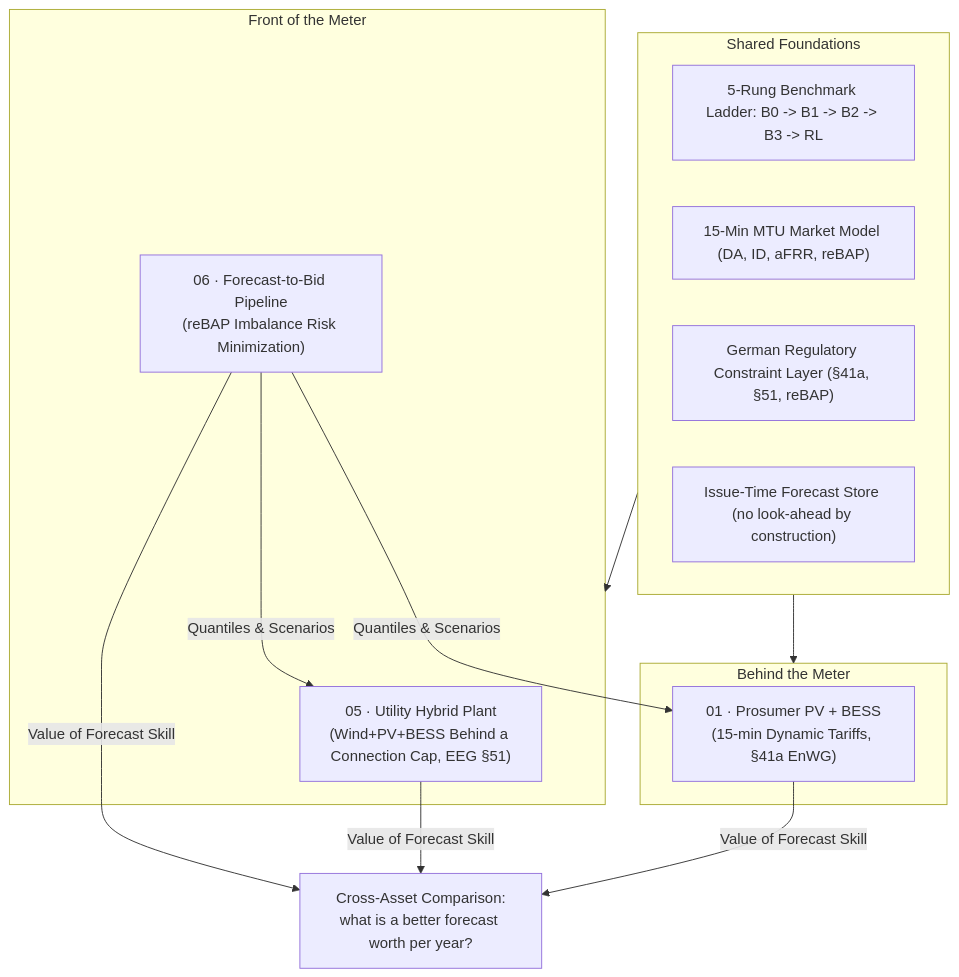
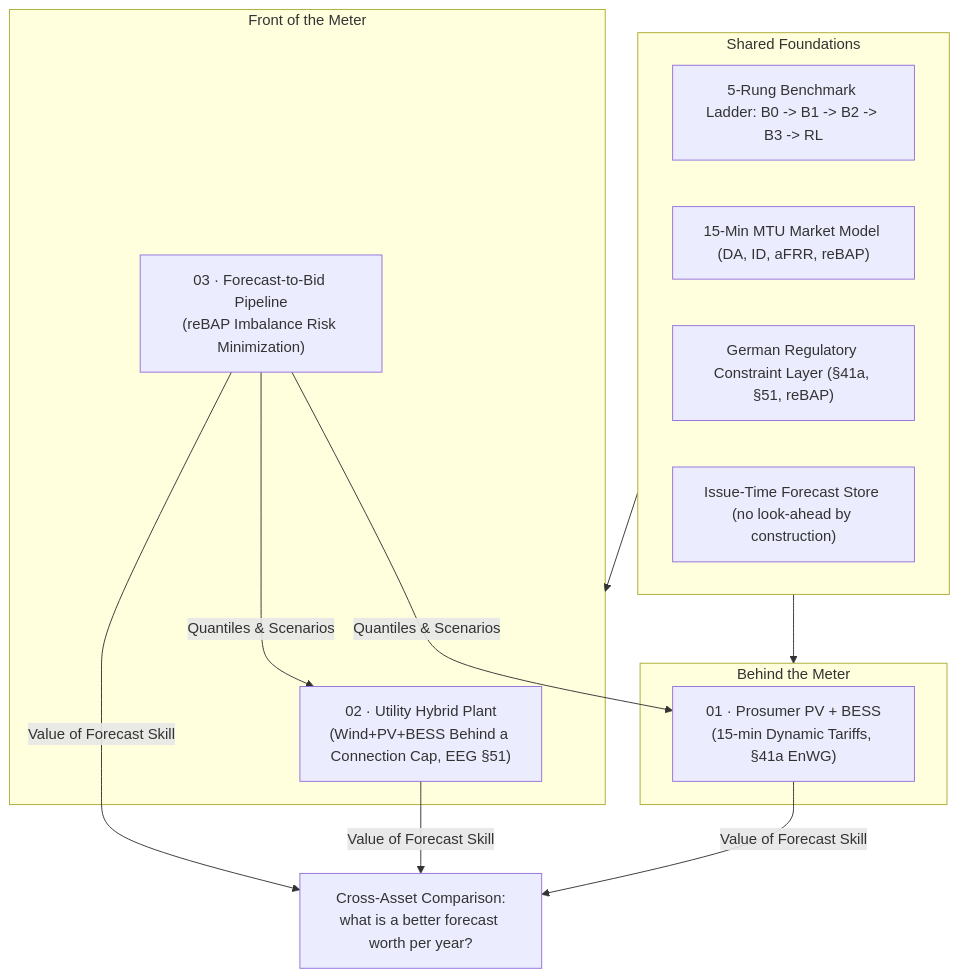
Before and after one commit to muratkus01/Portfolio: the diagram in README.md, drawn with Mermaid. The commit also changed other lines of this file and 71 other files, not shown here.

````diff
--- a/README.md
+++ b/README.md
@@ -45,26 +45,26 @@
 ```mermaid
 flowchart TB
     subgraph FOUND["Shared Foundations"]
         F1["5-Rung Benchmark Ladder: B0 -> B1 -> B2 -> B3 -> RL"]
         F2["15-Min MTU Market Model (DA, ID, aFRR, reBAP)"]
         F3["German Regulatory Constraint Layer (§41a, §51, reBAP)"]
         F4["Issue-Time Forecast Store (no look-ahead by construction)"]
     end
 
     subgraph BTM["Behind the Meter"]
         P1["01 · Prosumer PV + BESS<br/>(15-min Dynamic Tariffs, §41a EnWG)"]
     end
 
     subgraph FTM["Front of the Meter"]
-        P5["05 · Utility Hybrid Plant<br/>(Wind+PV+BESS Behind a Connection Cap, EEG §51)"]
-        P6["06 · Forecast-to-Bid Pipeline<br/>(reBAP Imbalance Risk Minimization)"]
+        P5["02 · Utility Hybrid Plant<br/>(Wind+PV+BESS Behind a Connection Cap, EEG §51)"]
+        P6["03 · Forecast-to-Bid Pipeline<br/>(reBAP Imbalance Risk Minimization)"]
     end
 
     FOUND --> BTM
     FOUND --> FTM
     P6 -->|Quantiles & Scenarios| P1
     P6 -->|Quantiles & Scenarios| P5
     P1 -->|Value of Forecast Skill| VAL["Cross-Asset Comparison:<br/>what is a better forecast worth per year?"]
     P5 -->|Value of Forecast Skill| VAL
     P6 -->|Value of Forecast Skill| VAL
 ```
````
